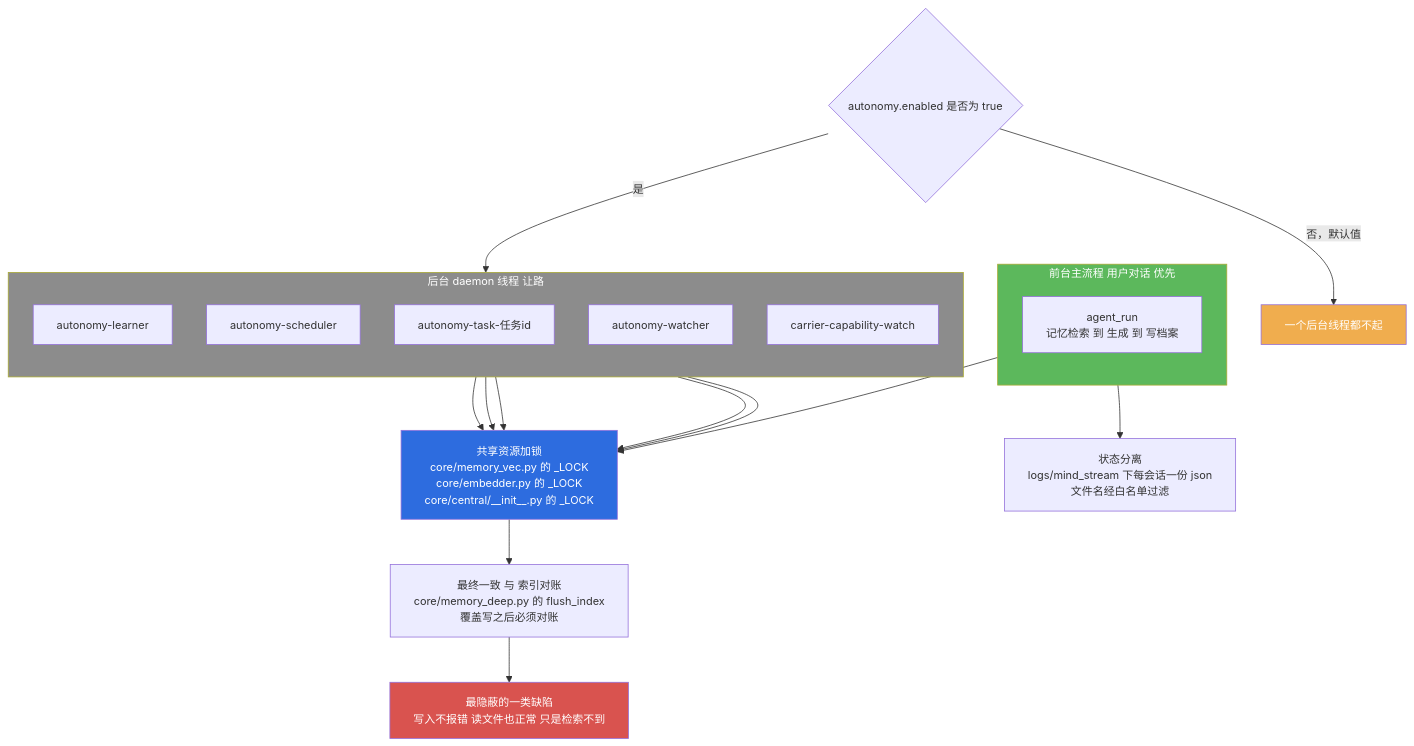
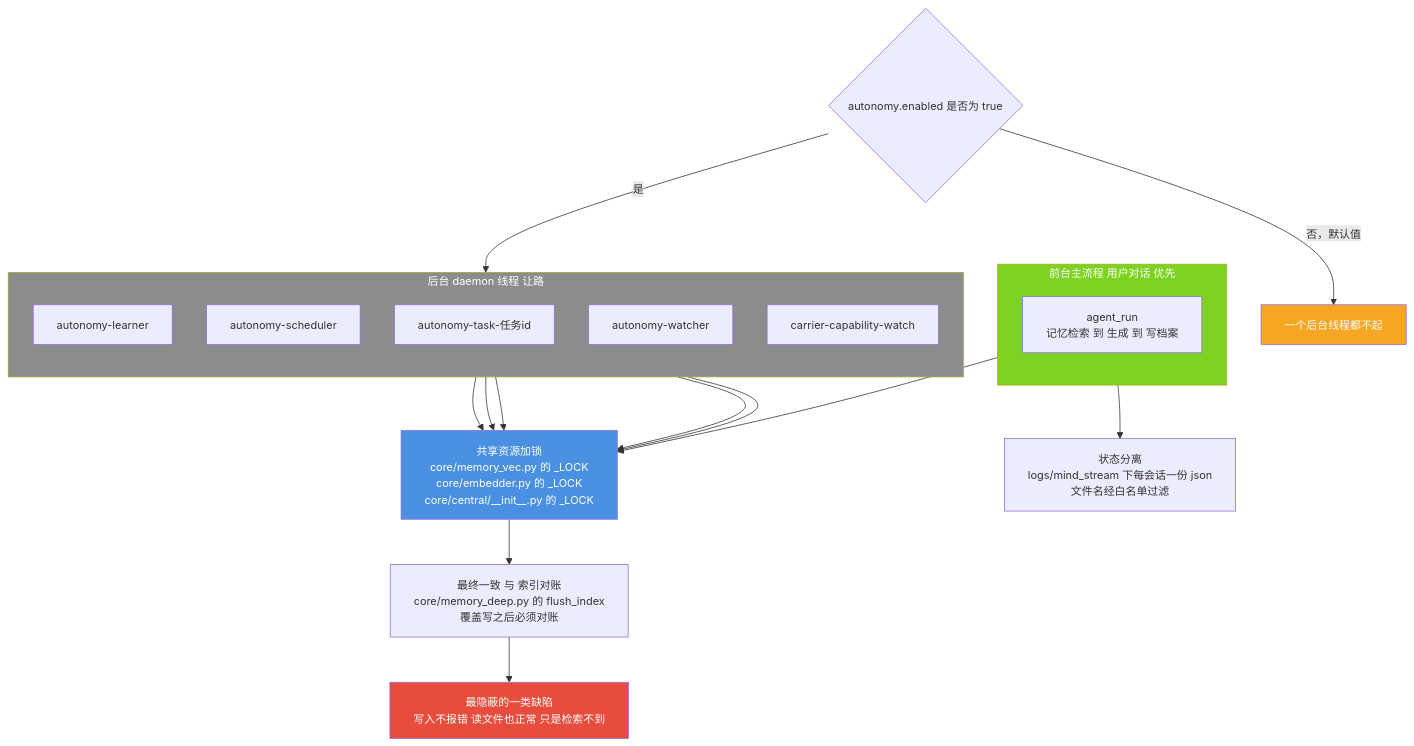
One commit to jiangchuangege/xiaojiao-harnees changed the eighth of 9 diagrams in docs/modules/11-post-chapters.md. Above: the diagram before and after it, drawn with Mermaid. The commit also changed other lines of this file and 32 other files, not shown here.

Commit message:
统一：全仓原理图配色到一套调色板 + 给 12 张灰图补色 + 修正自己会睡那张过期图

````diff
--- a/docs/modules/11-post-chapters.md
+++ b/docs/modules/11-post-chapters.md
@@ -1372,40 +1372,40 @@
 ```mermaid
 %%{init: {"themeVariables": {"fontSize": "14px"}, "flowchart": {"htmlLabels": true, "wrappingWidth": 330, "nodeSpacing": 44, "rankSpacing": 58, "useMaxWidth": true}}}%%
 flowchart TB
     subgraph FG["前台主流程 用户对话 优先"]
         direction TB
         M1["agent_run<br/>记忆检索 到 生成 到 写档案"]
     end
 
     subgraph BG["后台 daemon 线程 让路"]
         direction TB
         T1["autonomy-learner"]
         T2["autonomy-scheduler"]
         T3["autonomy-task-任务id"]
         T4["autonomy-watcher"]
         T5["carrier-capability-watch"]
     end
 
     LK["共享资源加锁<br/>core/memory_vec.py 的 _LOCK<br/>core/embedder.py 的 _LOCK<br/>core/central/__init__.py 的 _LOCK"]
     SS["状态分离<br/>logs/mind_stream 下每会话一份 json<br/>文件名经白名单过滤"]
     EC["最终一致 与 索引对账<br/>core/memory_deep.py 的 flush_index<br/>覆盖写之后必须对账"]
 
     T1 --> LK
     T2 --> LK
     T3 --> LK
     T4 --> LK
     T5 --> LK
     M1 --> LK
     M1 --> SS
     LK --> EC
     EC --> WARN["最隐蔽的一类缺陷<br/>写入不报错 读文件也正常 只是检索不到"]
 
     GATE{"autonomy.enabled 是否为 true"}
     GATE -->|"否，默认值"| NOBG["一个后台线程都不起"]
     GATE -->|"是"| BG
-    style FG fill:#5cb85c,color:#fff
+    style FG fill:#7ED321,color:#fff
     style BG fill:#8c8c8c,color:#fff
-    style LK fill:#2d6cdf,color:#fff
-    style WARN fill:#d9534f,color:#fff
-    style NOBG fill:#f0ad4e,color:#fff
+    style LK fill:#4A90E2,color:#fff
+    style WARN fill:#E74C3C,color:#fff
+    style NOBG fill:#F5A623,color:#fff
 ```
````
